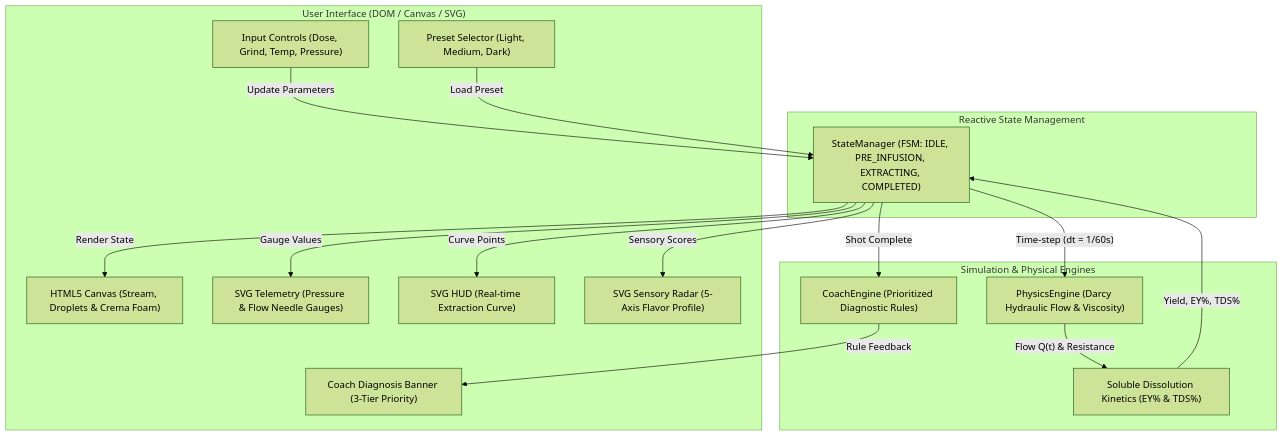
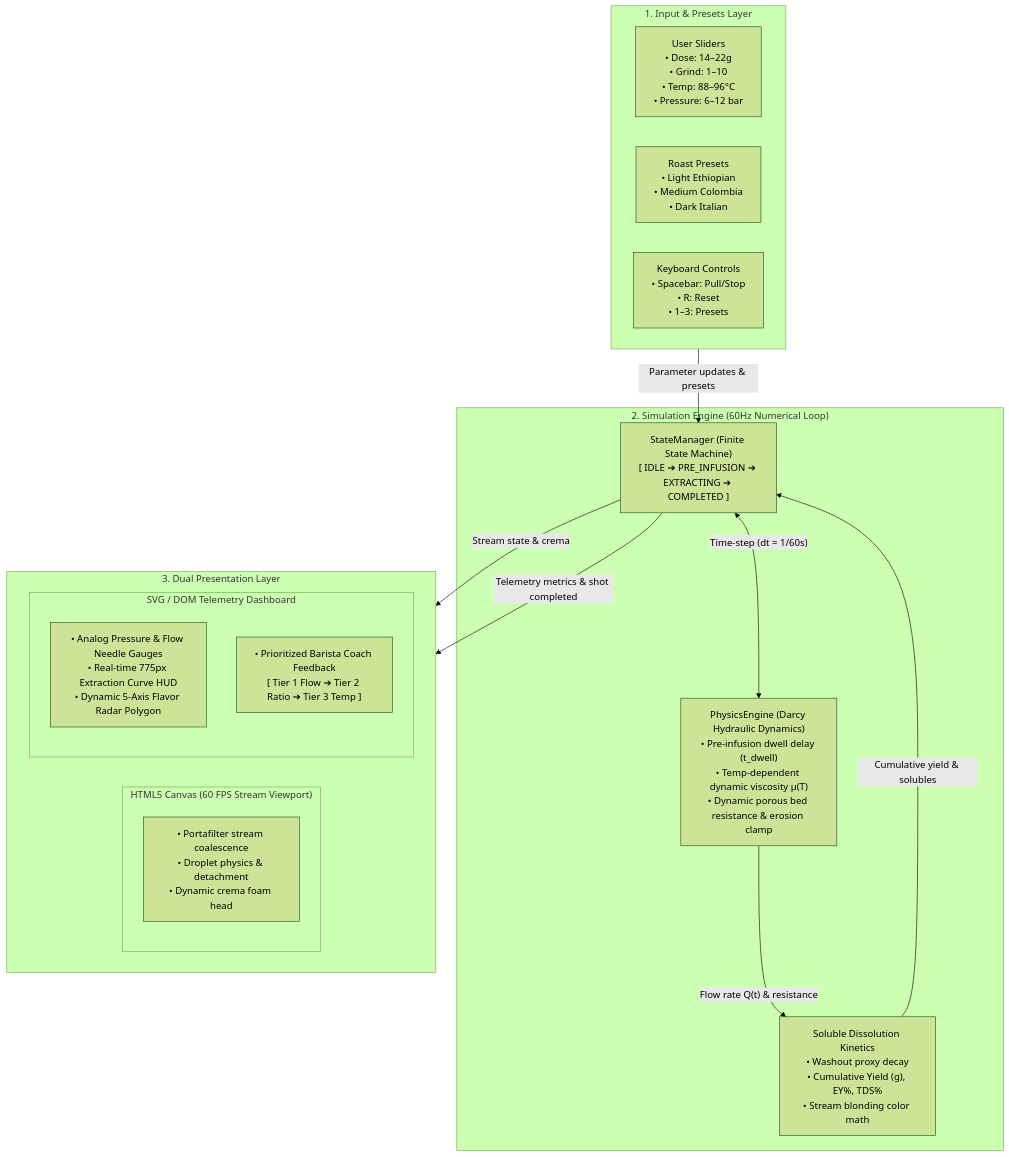
Before and after one commit to vinay-google/devfest-espressolab-demo: the first of 4 diagrams in README.md, drawn with Mermaid (forest theme). The commit also changed other lines of this file, not shown here.

Commit message:
docs: redesign diagrams for high readability and add barista coach decision tree

````diff
--- a/README.md
+++ b/README.md
@@ -48,34 +49,34 @@
 ```mermaid
 flowchart TD
-    subgraph UI ["User Interface (DOM / Canvas / SVG)"]
-        A["Input Controls (Dose, Grind, Temp, Pressure)"]
-        B["Preset Selector (Light, Medium, Dark)"]
-        C["HTML5 Canvas (Stream, Droplets & Crema Foam)"]
-        D["SVG Telemetry (Pressure & Flow Needle Gauges)"]
-        E["SVG HUD (Real-time Extraction Curve)"]
-        F["SVG Sensory Radar (5-Axis Flavor Profile)"]
-        G["Coach Diagnosis Banner (3-Tier Priority)"]
+    subgraph Layer1 ["1. Input & Presets Layer"]
+        direction LR
+        IN1["User Sliders<br/>• Dose: 14–22g<br/>• Grind: 1–10<br/>• Temp: 88–96°C<br/>• Pressure: 6–12 bar"]
+        IN2["Roast Presets<br/>• Light Ethiopian<br/>• Medium Colombia<br/>• Dark Italian"]
+        IN3["Keyboard Controls<br/>• Spacebar: Pull/Stop<br/>• R: Reset<br/>• 1–3: Presets"]
     end
 
-    subgraph State ["Reactive State Management"]
-        H["StateManager (FSM: IDLE, PRE_INFUSION, EXTRACTING, COMPLETED)"]
+    subgraph Layer2 ["2. Simulation Engine (60Hz Numerical Loop)"]
+        FSM["StateManager (Finite State Machine)<br/>[ IDLE ➔ PRE_INFUSION ➔ EXTRACTING ➔ COMPLETED ]"]
+        PHYS["PhysicsEngine (Darcy Hydraulic Dynamics)<br/>• Pre-infusion dwell delay (t_dwell)<br/>• Temp-dependent dynamic viscosity μ(T)<br/>• Dynamic porous bed resistance & erosion clamp"]
+        CHEM["Soluble Dissolution Kinetics<br/>• Washout proxy decay<br/>• Cumulative Yield (g), EY%, TDS%<br/>• Stream blonding color math"]
     end
 
-    subgraph Engine ["Simulation & Physical Engines"]
-        I["PhysicsEngine (Darcy Hydraulic Flow & Viscosity)"]
-        J["Soluble Dissolution Kinetics (EY% & TDS%)"]
-        K["CoachEngine (Prioritized Diagnostic Rules)"]
+    subgraph Layer3 ["3. Dual Presentation Layer"]
+        direction LR
+        subgraph CanvasView ["HTML5 Canvas (60 FPS Stream Viewport)"]
+            CANV["• Portafilter stream coalescence<br/>• Droplet physics & detachment<br/>• Dynamic crema foam head"]
+        end
+        subgraph SvgView ["SVG / DOM Telemetry Dashboard"]
+            GAUGE["• Analog Pressure & Flow Needle Gauges<br/>• Real-time 775px Extraction Curve HUD<br/>• Dynamic 5-Axis Flavor Radar Polygon"]
+            COACH["• Prioritized Barista Coach Feedback<br/>[ Tier 1 Flow ➔ Tier 2 Ratio ➔ Tier 3 Temp ]"]
+        end
     end
 
-    A -->|"Update Parameters"| H
-    B -->|"Load Preset"| H
-    H -->|"Time-step (dt = 1/60s)"| I
-    I -->|"Flow Q(t) & Resistance"| J
-    J -->|"Yield, EY%, TDS%"| H
-    H -->|"Render State"| C
-    H -->|"Gauge Values"| D
-    H -->|"Curve Points"| E
-    H -->|"Sensory Scores"| F
-    H -->|"Shot Complete"| K
-    K -->|"Rule Feedback"| G
+    Layer1 -->|"Parameter updates & presets"| FSM
+    FSM <-->|"Time-step (dt = 1/60s)"| PHYS
+    PHYS -->|"Flow rate Q(t) & resistance"| CHEM
+    CHEM -->|"Cumulative yield & solubles"| FSM
+
+    FSM -->|"Stream state & crema"| CanvasView
+    FSM -->|"Telemetry metrics & shot completed"| SvgView
 ```
````
